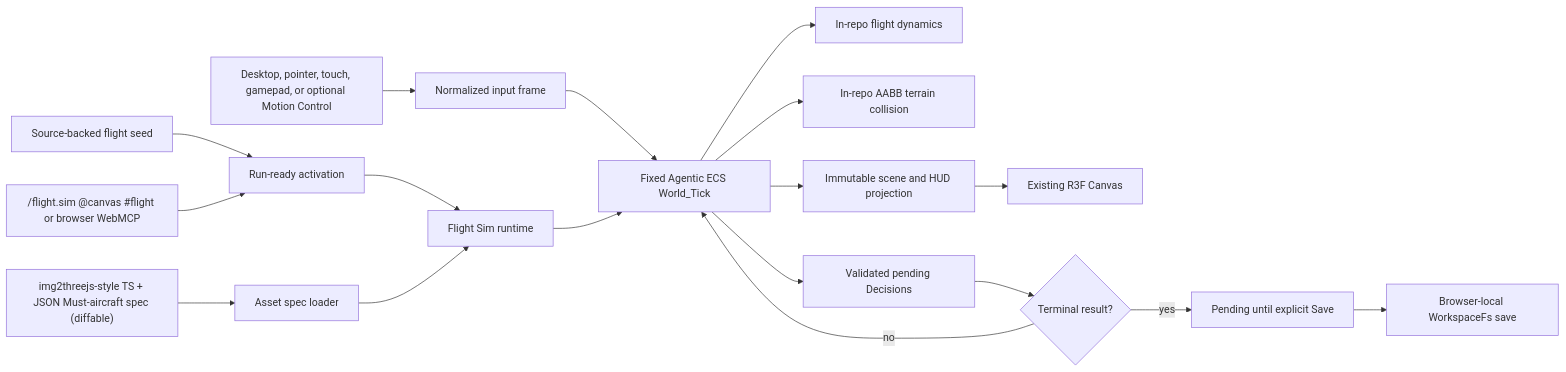
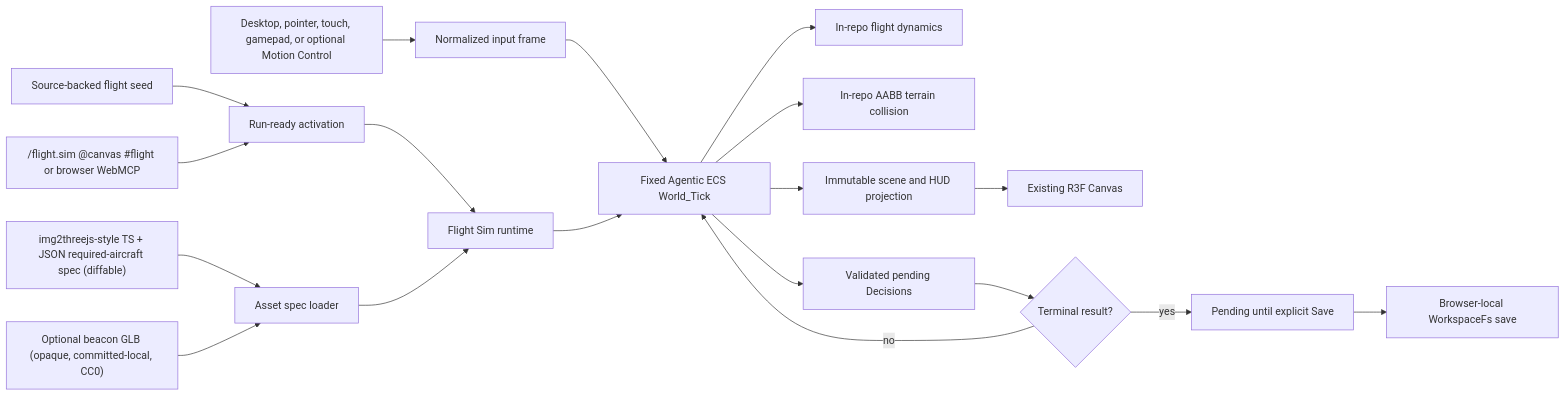
Before and after one commit to huijoohwee/knowgrph: the diagram in docs/documents/knowgrph-game-flight-sim-prd-tad.md, drawn with Mermaid. The commit also changed other lines of this file and 6 other files, not shown here.

````diff
--- a/docs/documents/knowgrph-game-flight-sim-prd-tad.md
+++ b/docs/documents/knowgrph-game-flight-sim-prd-tad.md
@@ -211,20 +215,21 @@
 ```mermaid
 flowchart LR
   SEED["Source-backed flight seed"] --> ACTIVATE["Run-ready activation"]
   INVOKE["/flight.sim @canvas #flight or browser WebMCP"] --> ACTIVATE
   ACTIVATE --> RUNTIME["Flight Sim runtime"]
   ASSETS["Asset spec loader"] --> RUNTIME
-  SPEC["img2threejs-style TS + JSON Must-aircraft spec (diffable)"] --> ASSETS
+  SPEC["img2threejs-style TS + JSON required-aircraft spec (diffable)"] --> ASSETS
+  GLB["Optional beacon GLB (opaque, committed-local, CC0)"] --> ASSETS
   INPUT["Desktop, pointer, touch, gamepad, or optional Motion Control"] --> NORMALIZE["Normalized input frame"]
   NORMALIZE --> TICK["Fixed Agentic ECS World_Tick"]
   RUNTIME --> TICK
   TICK --> DYN["In-repo flight dynamics"]
   TICK --> COLLISION["In-repo AABB terrain collision"]
   TICK --> VIEW["Immutable scene and HUD projection"]
   VIEW --> THREE["Existing R3F Canvas"]
   TICK --> PENDING["Validated pending Decisions"]
   PENDING --> TERMINAL{"Terminal result?"}
   TERMINAL -->|no| TICK
   TERMINAL -->|yes| WAIT["Pending until explicit Save"]
   WAIT --> SAVE["Browser-local WorkspaceFs save"]
 ```
````
